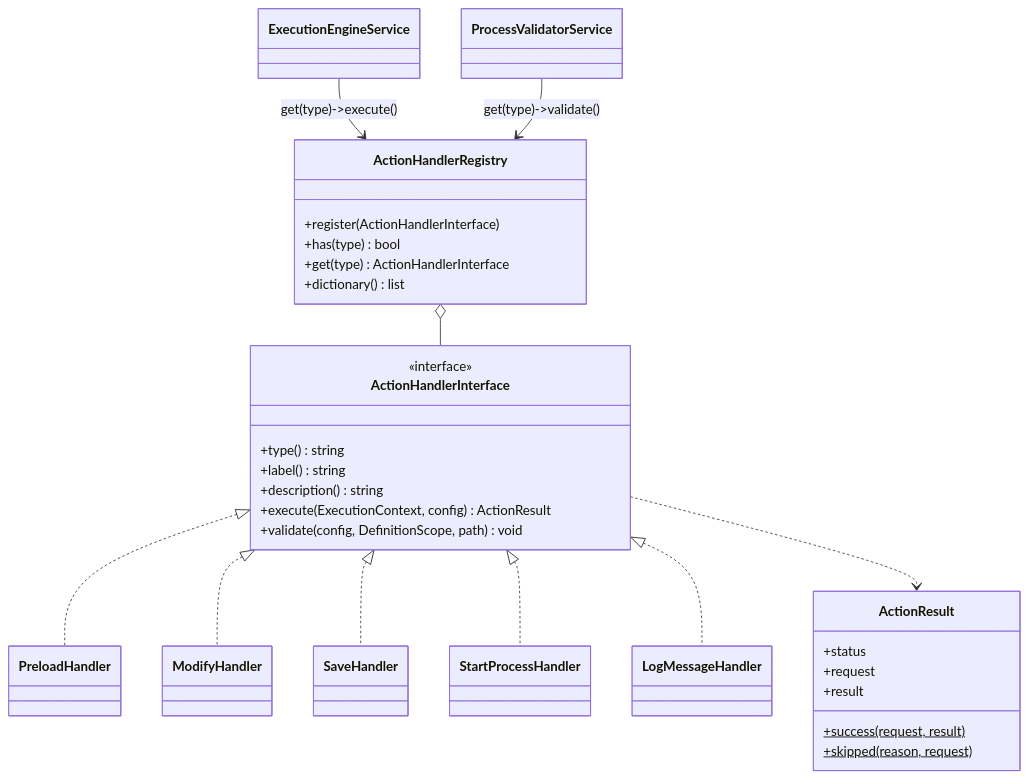
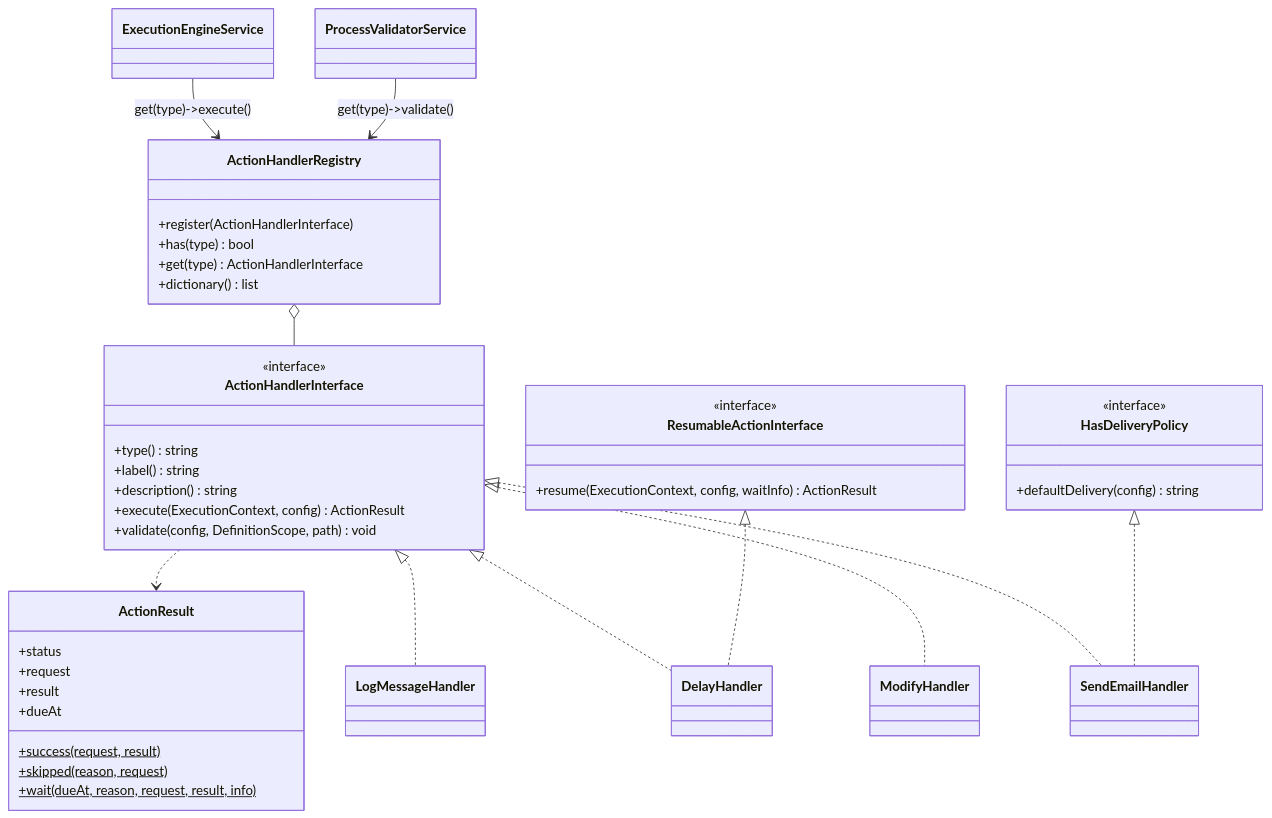
Before and after one commit to madarch-labs/Workflow-Processing-Service: the diagram in doc/en/07-developer-guide/extending/new-action-type.md, drawn with Mermaid. The commit also changed other lines of this file and 470 other files, not shown here.

````diff
--- a/doc/en/07-developer-guide/extending/new-action-type.md
+++ b/doc/en/07-developer-guide/extending/new-action-type.md
@@ -18,33 +21,44 @@
 ```mermaid
 classDiagram
     class ActionHandlerInterface {
         <<interface>>
         +type() string
         +label() string
         +description() string
         +execute(ExecutionContext, config) ActionResult
         +validate(config, DefinitionScope, path) void
     }
     class ActionHandlerRegistry {
         +register(ActionHandlerInterface)
         +has(type) bool
         +get(type) ActionHandlerInterface
         +dictionary() list
     }
     class ActionResult {
         +status
         +request
         +result
+        +dueAt
         +success(request, result)$
         +skipped(reason, request)$
+        +wait(dueAt, reason, request, result, info)$
     }
-    ActionHandlerInterface <|.. PreloadHandler
+    class ResumableActionInterface {
+        <<interface>>
+        +resume(ExecutionContext, config, waitInfo) ActionResult
+    }
+    class HasDeliveryPolicy {
+        <<interface>>
+        +defaultDelivery(config) string
+    }
     ActionHandlerInterface <|.. ModifyHandler
-    ActionHandlerInterface <|.. SaveHandler
-    ActionHandlerInterface <|.. StartProcessHandler
+    ActionHandlerInterface <|.. SendEmailHandler
+    HasDeliveryPolicy <|.. SendEmailHandler
+    ActionHandlerInterface <|.. DelayHandler
+    ResumableActionInterface <|.. DelayHandler
     ActionHandlerInterface <|.. LogMessageHandler
     ActionHandlerRegistry o-- ActionHandlerInterface
     ExecutionEngineService --> ActionHandlerRegistry : get(type)->execute()
     ProcessValidatorService --> ActionHandlerRegistry : get(type)->validate()
     ActionHandlerInterface ..> ActionResult
 ```
````
